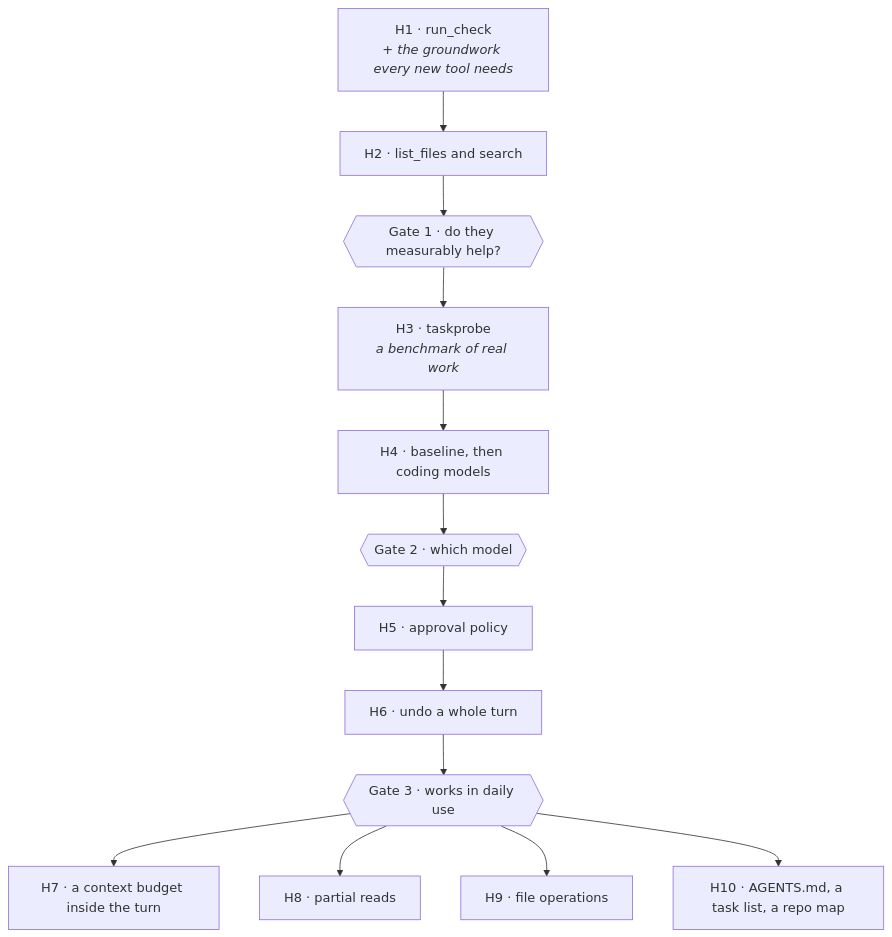
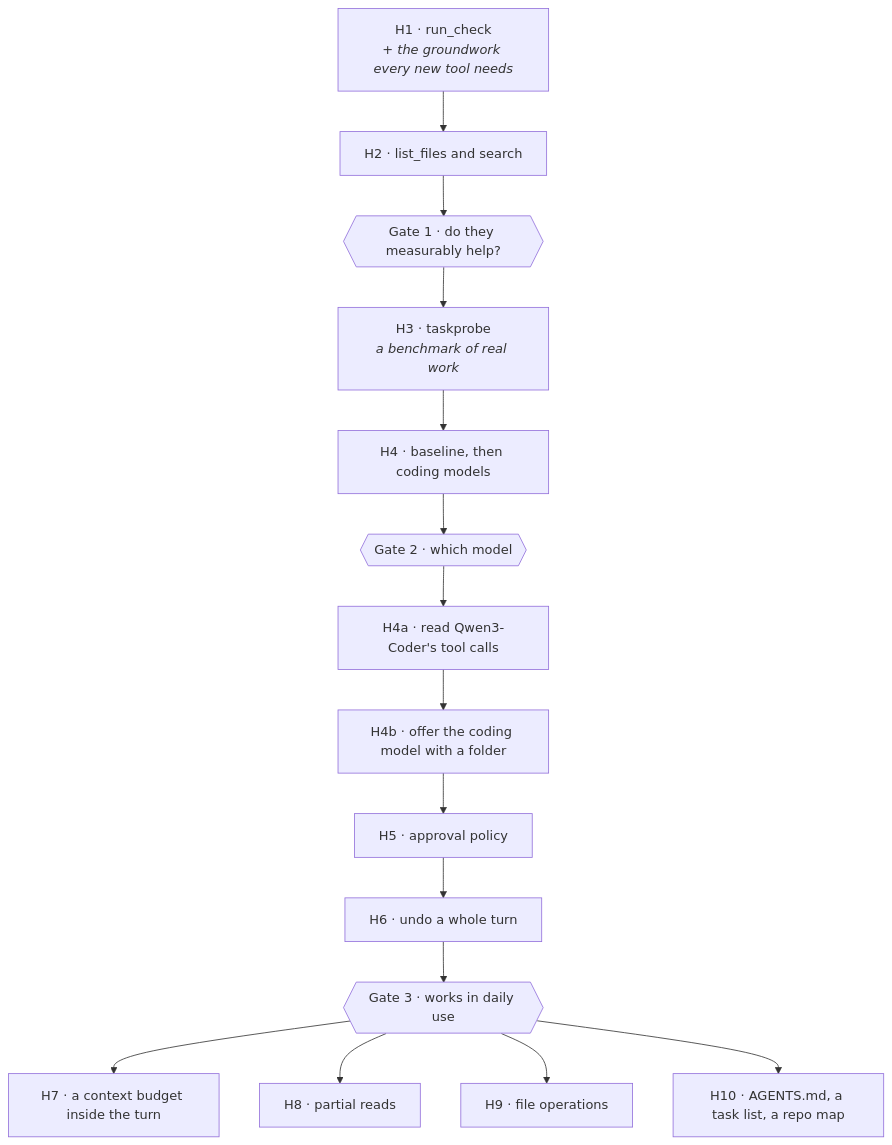
The diagram in stages/STAGE-H.md (LuisZarate17/bifrost), drawn with Mermaid before and after one commit. The commit also changed other lines of this file and 15 other files, not shown here.

````diff
--- a/stages/STAGE-H.md
+++ b/stages/STAGE-H.md
@@ -44,22 +44,24 @@
 ```mermaid
 flowchart TD
     H1["H1 · run_check<br/><i>+ the groundwork every new tool needs</i>"]
     H2["H2 · list_files and search"]
     GA{{"Gate 1 · do they measurably help?"}}
     H3["H3 · taskprobe<br/><i>a benchmark of real work</i>"]
     H4["H4 · baseline, then coding models"]
     GB{{"Gate 2 · which model"}}
+    H4a["H4a · read Qwen3-Coder's tool calls"]
+    H4b["H4b · offer the coding model with a folder"]
     H5["H5 · approval policy"]
     H6["H6 · undo a whole turn"]
     GC{{"Gate 3 · works in daily use"}}
     H7["H7 · a context budget inside the turn"]
     H8["H8 · partial reads"]
     H9["H9 · file operations"]
     H10["H10 · AGENTS.md, a task list, a repo map"]
 
-    H1 --> H2 --> GA --> H3 --> H4 --> GB --> H5 --> H6 --> GC
+    H1 --> H2 --> GA --> H3 --> H4 --> GB --> H4a --> H4b --> H5 --> H6 --> GC
     GC --> H7
     GC --> H8
     GC --> H9
     GC --> H10
 ```
````
